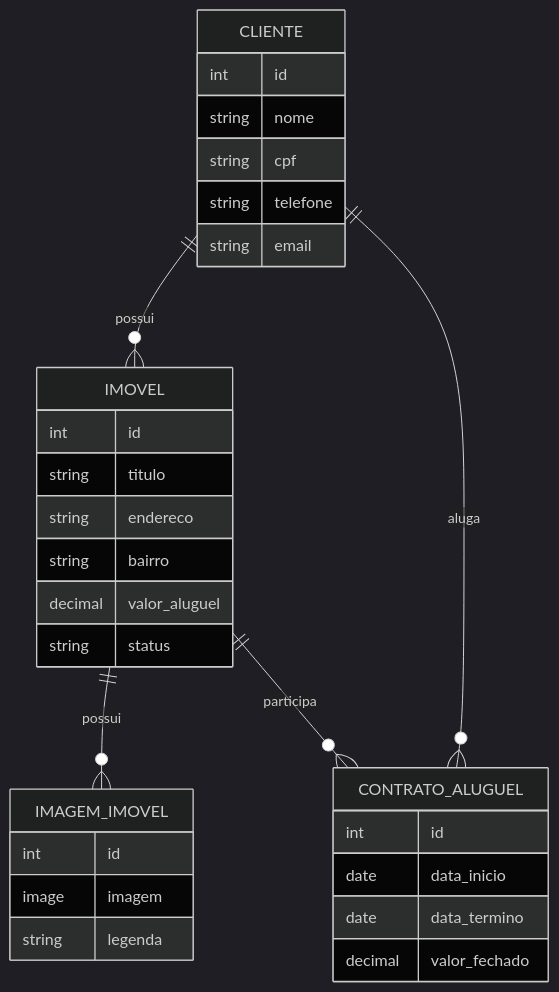
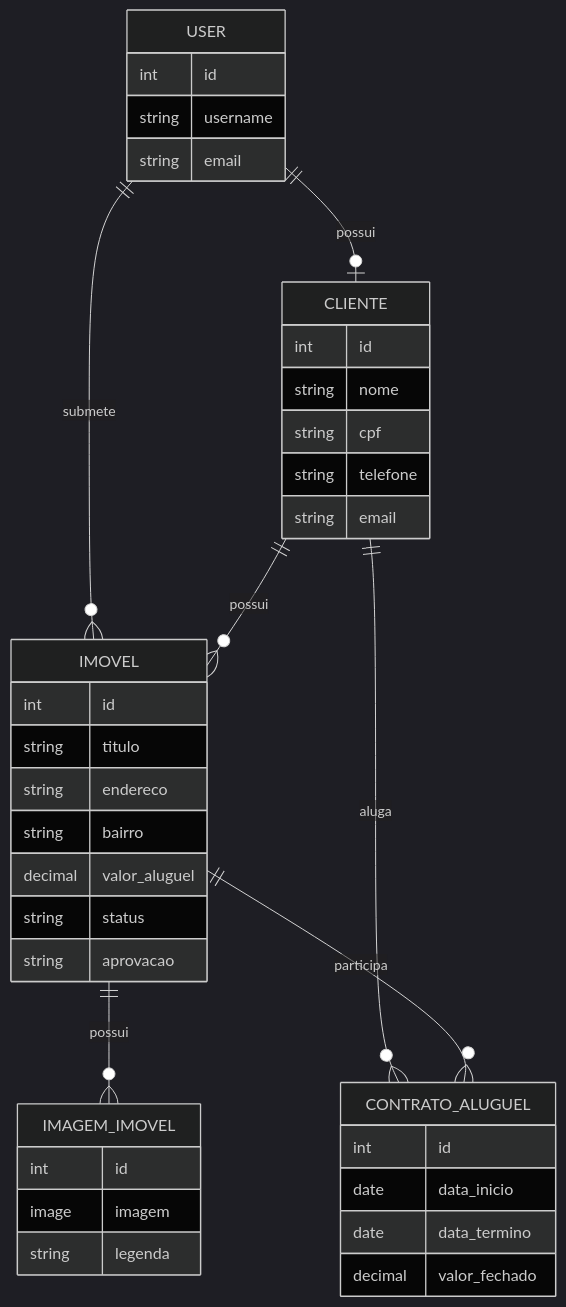
One commit to joaogsribeiro/gestao-imobiliaria-django changed the diagram in README.md. Above: the diagram before and after it, drawn with Mermaid (dark theme). The commit also changed other lines of this file, not shown here.

````diff
--- a/README.md
+++ b/README.md
@@ -35,34 +169,46 @@
 ```mermaid
 erDiagram
+    USER ||--o| CLIENTE : possui
+    USER ||--o{ IMOVEL : submete
     CLIENTE ||--o{ IMOVEL : possui
     CLIENTE ||--o{ CONTRATO_ALUGUEL : aluga
     IMOVEL ||--o{ IMAGEM_IMOVEL : possui
     IMOVEL ||--o{ CONTRATO_ALUGUEL : participa
+
+    USER {
+        int id
+        string username
+        string email
+    }
 
     CLIENTE {
         int id
         string nome
         string cpf
         string telefone
         string email
     }
+
     IMOVEL {
         int id
         string titulo
         string endereco
         string bairro
         decimal valor_aluguel
         string status
+        string aprovacao
     }
+
     IMAGEM_IMOVEL {
         int id
         image imagem
         string legenda
     }
+
     CONTRATO_ALUGUEL {
         int id
         date data_inicio
         date data_termino
         decimal valor_fechado
     }
 ```
````
